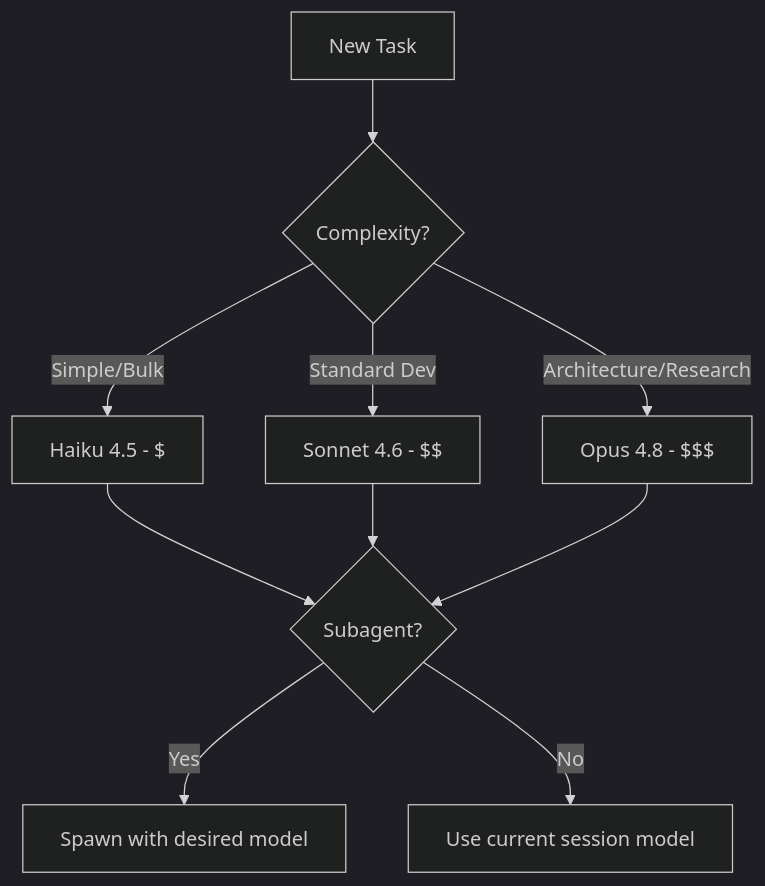
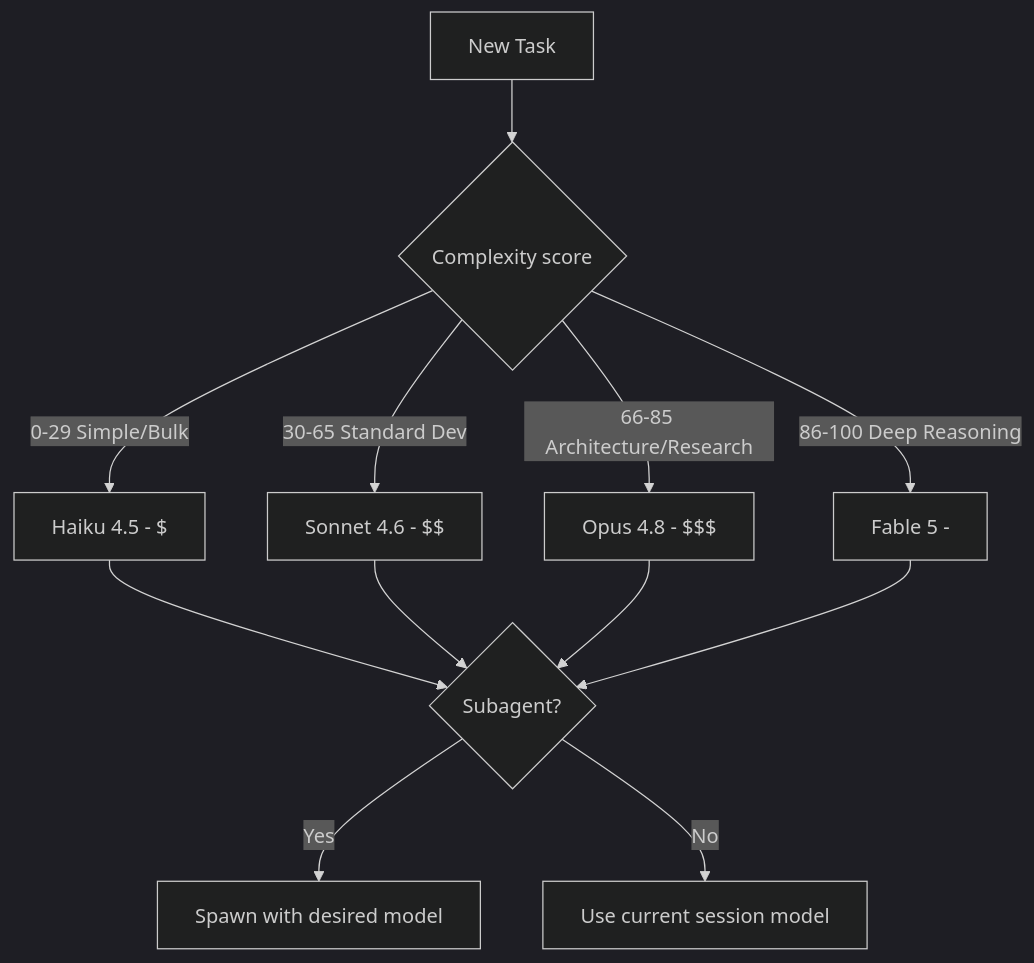
One commit to KevinZai/commander changed the diagram in BIBLE.md. Above: the diagram before and after it, drawn with Mermaid (dark theme). The commit also changed other lines of this file and 36 other files, not shown here.

````diff
--- a/BIBLE.md
+++ b/BIBLE.md
@@ -2328,12 +2334,14 @@
 ```mermaid
 graph TD
-    A[New Task] --> B{Complexity?}
-    B -->|Simple/Bulk| C[Haiku 4.5 - $]
-    B -->|Standard Dev| D[Sonnet 4.6 - $$]
-    B -->|Architecture/Research| E[Opus 4.8 - $$$]
-    C --> F{Subagent?}
-    D --> F
-    E --> F
-    F -->|Yes| G[Spawn with desired model]
-    F -->|No| H[Use current session model]
+    A[New Task] --> B{Complexity score}
+    B -->|0-29 Simple/Bulk| C[Haiku 4.5 - $]
+    B -->|30-65 Standard Dev| D[Sonnet 4.6 - $$]
+    B -->|66-85 Architecture/Research| E[Opus 4.8 - $$$]
+    B -->|86-100 Deep Reasoning| F[Fable 5 - $$$$]
+    C --> G{Subagent?}
+    D --> G
+    E --> G
+    F --> G
+    G -->|Yes| H[Spawn with desired model]
+    G -->|No| I[Use current session model]
 ```
````
